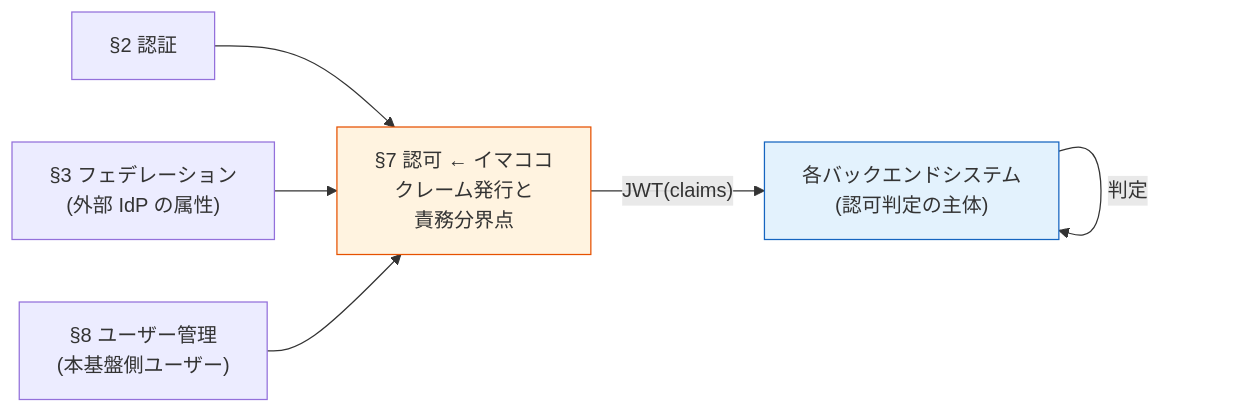
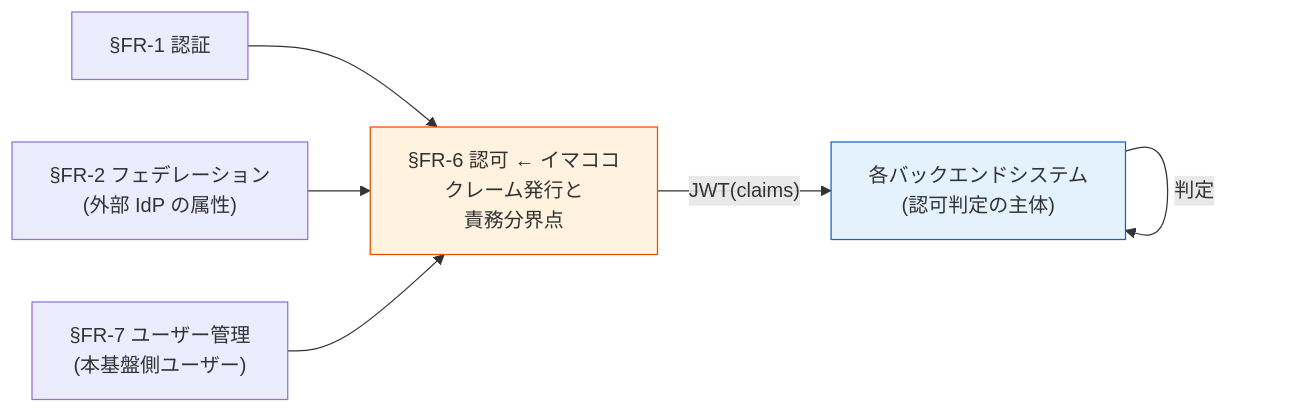
Before and after one commit to suepie/aws-atuh-poc: the first of 6 diagrams in doc/requirements/proposal/fr/06-authz.md, drawn with Mermaid. The commit also changed other lines of this file and 30 other files, not shown here.

````diff
--- a/doc/requirements/proposal/fr/06-authz.md
+++ b/doc/requirements/proposal/fr/06-authz.md
@@ -25,17 +25,17 @@
 ```mermaid
 flowchart LR
-    S2["§2 認証"]
-    S3["§3 フェデレーション<br/>(外部 IdP の属性)"]
-    S7["§7 認可 ← イマココ<br/>クレーム発行と<br/>責務分界点"]
-    S8["§8 ユーザー管理<br/>(本基盤側ユーザー)"]
+    S2["§FR-1 認証"]
+    S3["§FR-2 フェデレーション<br/>(外部 IdP の属性)"]
+    S7["§FR-6 認可 ← イマココ<br/>クレーム発行と<br/>責務分界点"]
+    S8["§FR-7 ユーザー管理<br/>(本基盤側ユーザー)"]
     App["各バックエンドシステム<br/>(認可判定の主体)"]
 
     S2 --> S7
     S3 --> S7
     S8 --> S7
     S7 -->|"JWT(claims)"| App
     App -->|"判定"| App
 
     style S7 fill:#fff3e0,stroke:#e65100
     style App fill:#e3f2fd,stroke:#1565c0
 ```
````
